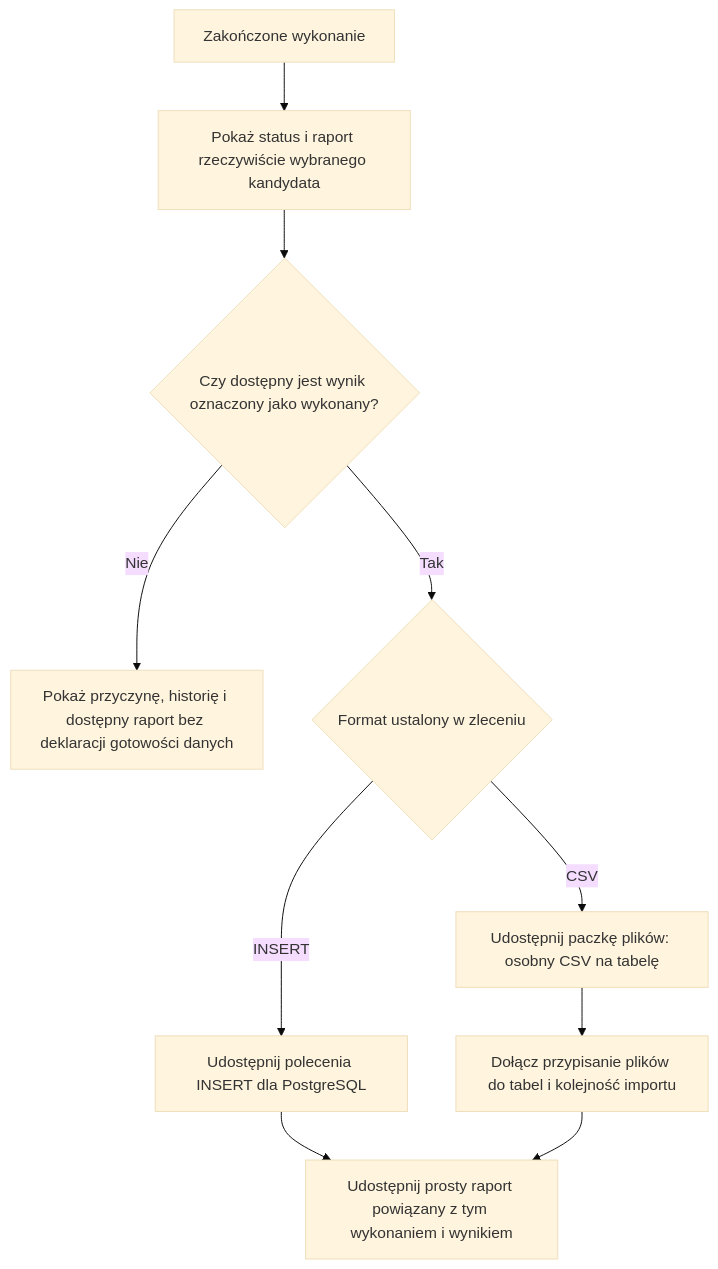
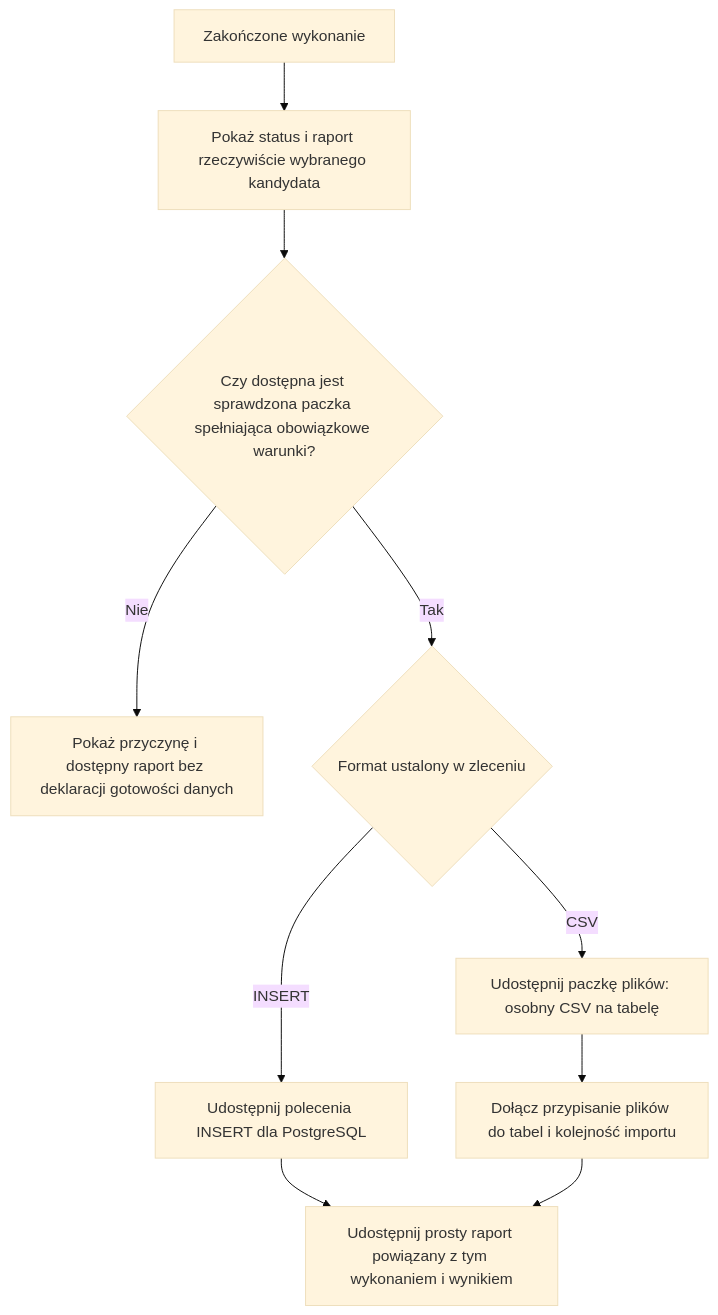
The fourth of 4 diagrams in docs/przeplywy_funkcjonalne.md (jwieczor03/mgr-llm-data-generator), drawn with Mermaid (base theme) before and after one commit. The commit also changed other lines of this file and 14 other files, not shown here.

````diff
--- a/docs/przeplywy_funkcjonalne.md
+++ b/docs/przeplywy_funkcjonalne.md
@@ -121,12 +123,12 @@
 ```mermaid
 flowchart TD
     A["Zakończone wykonanie"] --> B["Pokaż status i raport rzeczywiście wybranego kandydata"]
-    B --> C{"Czy dostępny jest wynik oznaczony jako wykonany?"}
-    C -->|"Nie"| D["Pokaż przyczynę, historię i dostępny raport bez deklaracji gotowości danych"]
+    B --> C{"Czy dostępna jest sprawdzona paczka spełniająca obowiązkowe warunki?"}
+    C -->|"Nie"| D["Pokaż przyczynę i dostępny raport bez deklaracji gotowości danych"]
     C -->|"Tak"| E{"Format ustalony w zleceniu"}
     E -->|"INSERT"| F["Udostępnij polecenia INSERT dla PostgreSQL"]
     E -->|"CSV"| G["Udostępnij paczkę plików: osobny CSV na tabelę"]
     G --> H["Dołącz przypisanie plików do tabel i kolejność importu"]
     F --> I["Udostępnij prosty raport powiązany z tym wykonaniem i wynikiem"]
     H --> I
 ```
````
